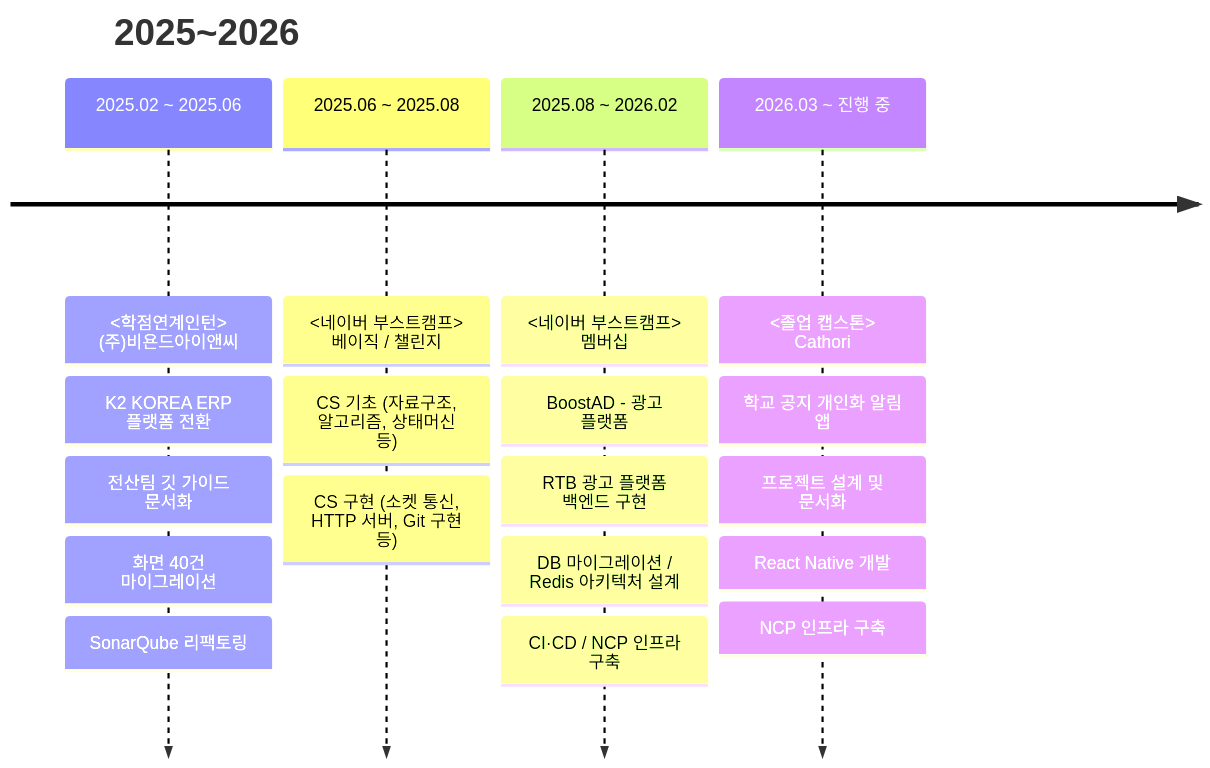
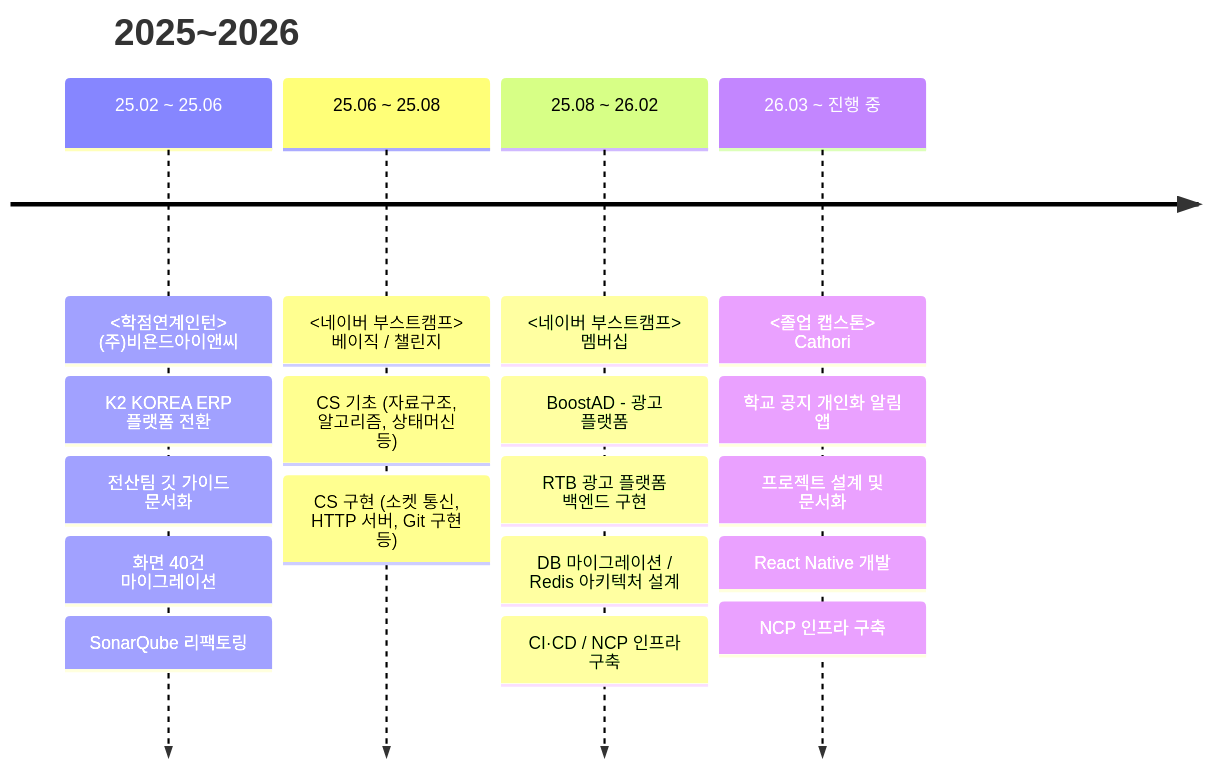
One commit to tomass22/tomass22 changed the second of 2 diagrams in README.md. Above: the diagram before and after it, drawn with Mermaid. The commit also changed other lines of this file, not shown here.

Commit message:
docs: github 프로필 꾸미기5

````diff
--- a/README.md
+++ b/README.md
@@ -31,26 +31,26 @@
 ```mermaid
 timeline
     title 2025~2026
-    2025.02 ~ 2025.06
+    25.02 ~ 25.06
         : <학점연계인턴> (주)비욘드아이앤씨
         : K2 KOREA ERP 플랫폼 전환
         : 전산팀 깃 가이드 문서화
         : 화면 40건 마이그레이션
         : SonarQube 리팩토링
-    2025.06 ~ 2025.08
+    25.06 ~ 25.08
         : <네이버 부스트캠프> <br> 베이직 / 챌린지
         : CS 기초 (자료구조, 알고리즘, 상태머신 등)
         : CS 구현 (소켓 통신, HTTP 서버, Git 구현 등)
-    2025.08 ~ 2026.02
+    25.08 ~ 26.02
         : <네이버 부스트캠프> <br> 멤버십
         : BoostAD - 광고 플랫폼
         : RTB 광고 플랫폼 백엔드 구현
         : DB 마이그레이션 / Redis 아키텍처 설계
         : CI·CD / NCP 인프라 구축
-    2026.03 ~ 진행 중
+    26.03 ~ 진행 중
         : <졸업 캡스톤> <br> Cathori
         : 학교 공지 개인화 알림 앱
         : 프로젝트 설계 및 문서화 
         : React Native 개발
         : NCP 인프라 구축
 ```
````
